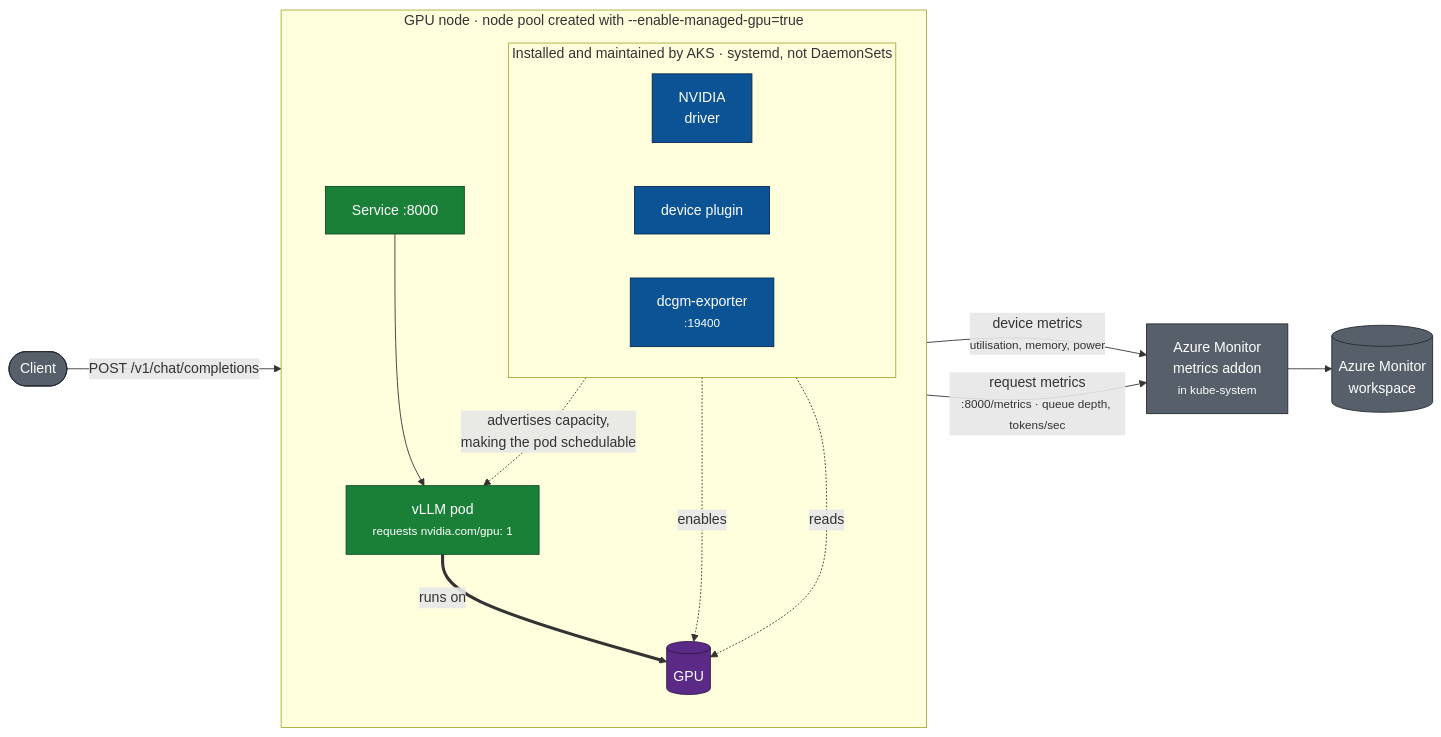
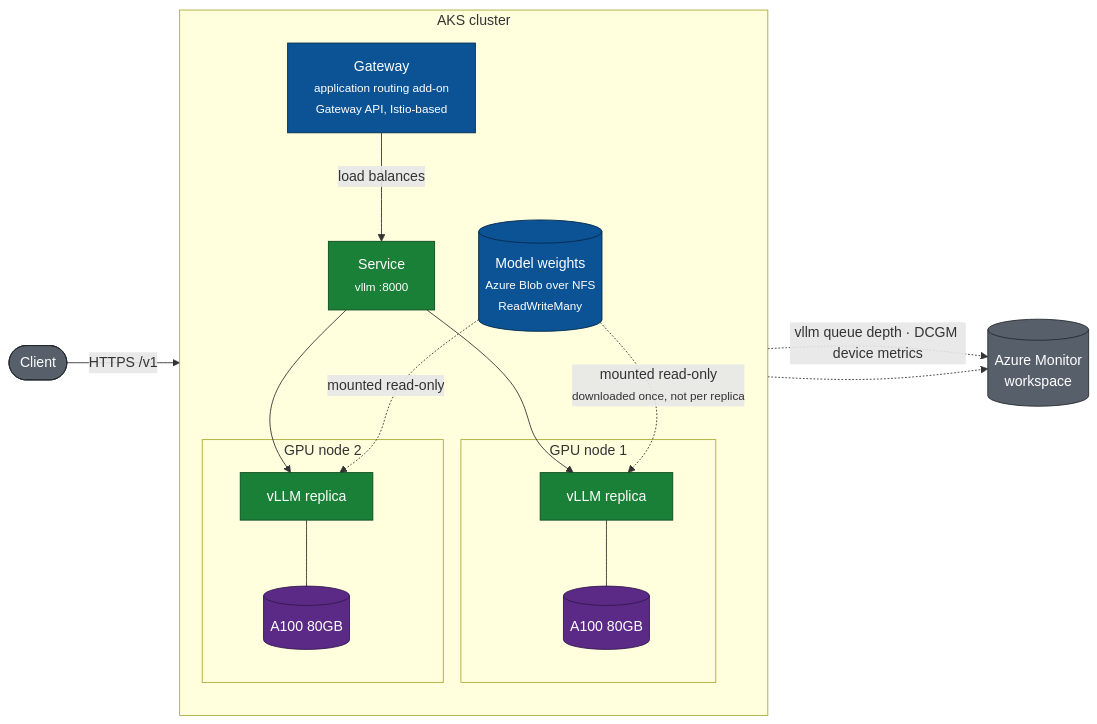
One commit to ganeshkumarashok/aks-gpu-lab changed the diagram in README.md. Above: the diagram before and after it, drawn with Mermaid. The commit also changed other lines of this file and 21 other files, not shown here.

First line of the commit message:
Restructure around a production inference architecture

````diff
--- a/README.md
+++ b/README.md
@@ -11,40 +11,43 @@
 ```mermaid
 flowchart LR
     client(["Client"])
 
-    subgraph node["GPU node · node pool created with --enable-managed-gpu=true"]
+    subgraph aks["AKS cluster"]
         direction TB
-        svc["Service :8000"]
-        vllm["vLLM pod<br><small>requests nvidia.com/gpu: 1</small>"]
-        gpu[("GPU")]
+        gw["Gateway<br><small>application routing add-on<br>Gateway API, Istio-based</small>"]
+        svc["Service<br><small>vllm :8000</small>"]
 
-        subgraph managed["Installed and maintained by AKS · systemd, not DaemonSets"]
-            direction LR
-            drv["NVIDIA<br>driver"]
-            dp["device plugin"]
-            dcgm["dcgm-exporter<br><small>:19400</small>"]
+        subgraph n1["GPU node 1"]
+            v1["vLLM replica"]
+            g1[("A100 80GB")]
         end
+        subgraph n2["GPU node 2"]
+            v2["vLLM replica"]
+            g2[("A100 80GB")]
+        end
+
+        pvc[("Model weights<br><small>Azure Blob over NFS<br>ReadWriteMany</small>")]
     end
 
-    scrape["Azure Monitor<br>metrics addon<br><small>in kube-system</small>"]
     amw[("Azure Monitor<br>workspace")]
 
-    client -->|"POST /v1/chat/completions"| svc --> vllm
-    vllm ==>|"runs on"| gpu
-    drv -.->|"enables"| gpu
-    dp -.->|"advertises capacity,<br>making the pod schedulable"| vllm
-    dcgm -.->|"reads"| gpu
+    client -->|"HTTPS /v1"| gw
+    gw -->|"load balances"| svc
+    svc --> v1
+    svc --> v2
+    v1 --- g1
+    v2 --- g2
+    pvc -.->|"mounted read-only<br><small>downloaded once, not per replica</small>"| v1
+    pvc -.->|"mounted read-only"| v2
+    v1 -.->|"vllm queue depth · DCGM device metrics"| amw
+    v2 -.-> amw
 
-    dcgm -->|"device metrics<br><small>utilisation, memory, power</small>"| scrape
-    vllm -->|"request metrics<br><small>:8000/metrics · queue depth, tokens/sec</small>"| scrape
-    scrape --> amw
-
-    classDef managedCls fill:#0b5394,stroke:#052a4e,color:#fff
-    classDef workloadCls fill:#1a7f37,stroke:#0d4a20,color:#fff
-    classDef hwCls fill:#5b2a86,stroke:#33174d,color:#fff
-    classDef extCls fill:#57606a,stroke:#24292f,color:#fff
-    class drv,dp,dcgm managedCls
-    class vllm,svc workloadCls
-    class gpu hwCls
-    class client,scrape,amw extCls
+    classDef managed fill:#0b5394,stroke:#052a4e,color:#fff
+    classDef workload fill:#1a7f37,stroke:#0d4a20,color:#fff
+    classDef hw fill:#5b2a86,stroke:#33174d,color:#fff
+    classDef ext fill:#57606a,stroke:#24292f,color:#fff
+    class gw,pvc managed
+    class v1,v2,svc workload
+    class g1,g2 hw
+    class client,amw ext
 ```
````
